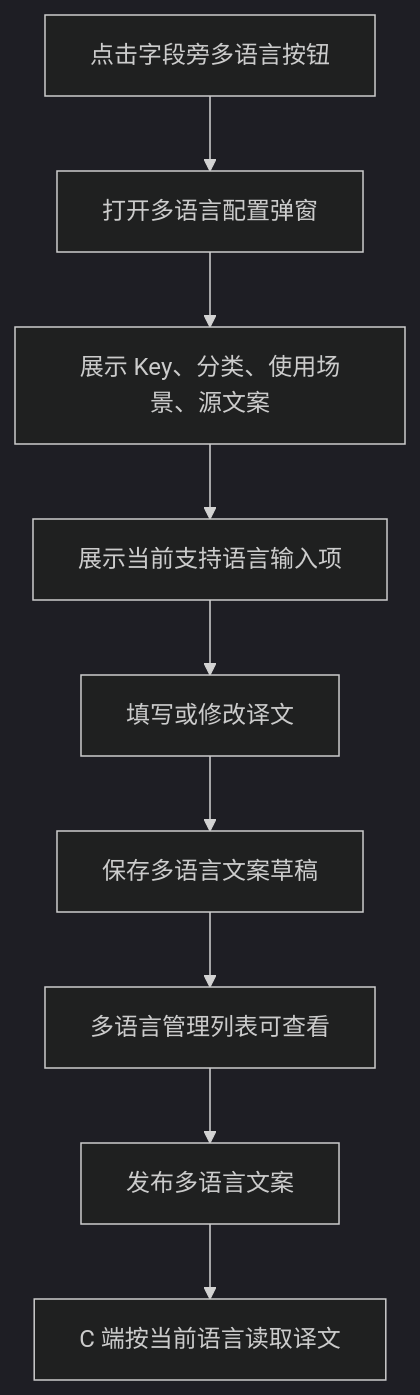
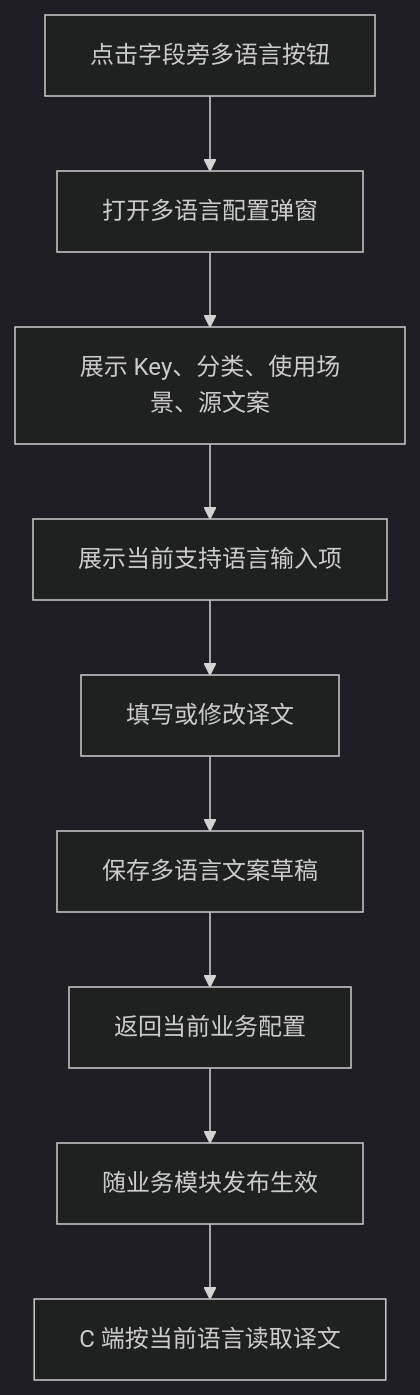
One commit to AAAlan/webstore_oversea changed the seventh of 7 diagrams in docs/admin-prd.md. Above: the diagram before and after it, drawn with Mermaid (dark theme). The commit also changed other lines of this file and 1 other file, not shown here.

````diff
--- a/docs/admin-prd.md
+++ b/docs/admin-prd.md
@@ -440,11 +434,11 @@
 ```mermaid
 flowchart TD
   A[点击字段旁多语言按钮] --> B[打开多语言配置弹窗]
   B --> C[展示 Key、分类、使用场景、源文案]
   C --> D[展示当前支持语言输入项]
   D --> E[填写或修改译文]
   E --> F[保存多语言文案草稿]
-  F --> G[多语言管理列表可查看]
-  G --> H[发布多语言文案]
+  F --> G[返回当前业务配置]
+  G --> H[随业务模块发布生效]
   H --> I[C 端按当前语言读取译文]
 ```
````
